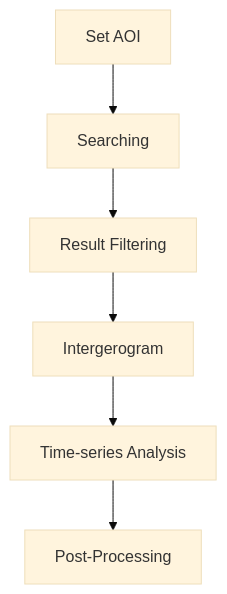
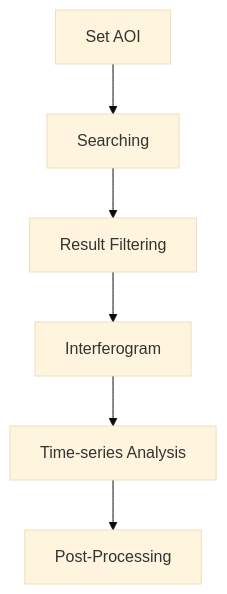
One commit to jldz9/InSARScript changed the diagram in docs/quickstart/running.md. Above: the diagram before and after it, drawn with Mermaid (base theme). The commit also changed other lines of this file and 14 other files, not shown here.

````diff
--- a/docs/quickstart/running.md
+++ b/docs/quickstart/running.md
@@ -16,16 +16,16 @@
 ```mermaid
 graph
     A[Set AOI] --> B[Searching];
     B --> C[Result Filtering];
-    C --> D[Intergerogram];
+    C --> D[Interferogram];
     D --> F[Time-series Analysis];
     F --> H[Post-Processing];
     click A "#set-aoi" "Go to Set AOI section"
     click B "#searching" "Go to the Searching section"
     click C "#result-filtering" " Go to the Result Filtering section"
     click D "#interferogram"
     click F "#time-series-analysis"
     click H "#post-processing"
 
 
 ```
````
